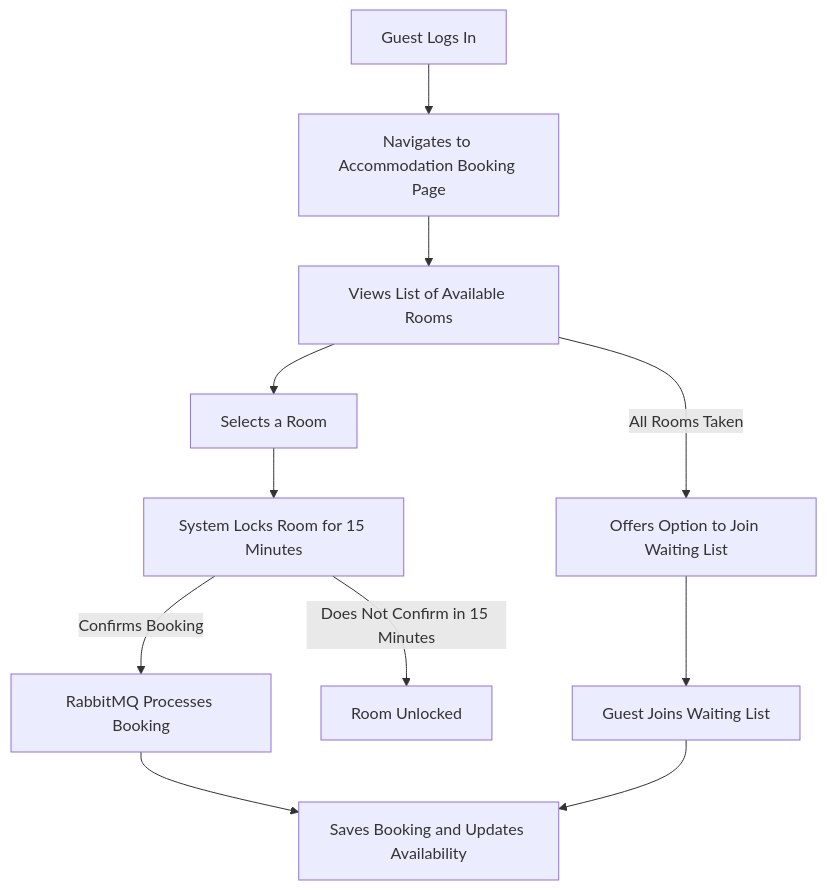
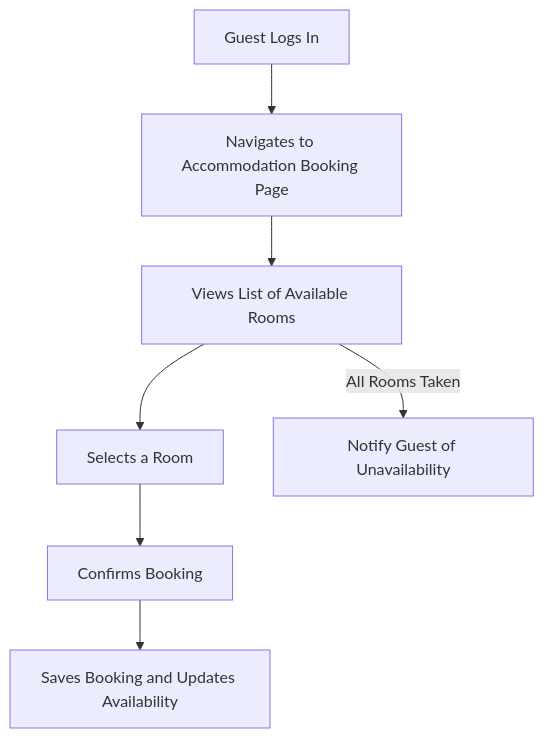
Before and after one commit to and1teachera/wedding-site: the seventh of 42 diagrams in docs/use_cases.md, drawn with Mermaid. The commit also changed other lines of this file and 3 other files, not shown here.

````diff
--- a/docs/use_cases.md
+++ b/docs/use_cases.md
@@ -314,13 +311,9 @@
 ``` mermaid
 flowchart TD
     A[Guest Logs In] --> B[Navigates to Accommodation Booking Page]
     B --> C[Views List of Available Rooms]
     C --> D[Selects a Room]
-    D --> E[System Locks Room for 15 Minutes]
-    E -->|Confirms Booking| F[RabbitMQ Processes Booking]
-    F --> G[Saves Booking and Updates Availability]
-    E -->|Does Not Confirm in 15 Minutes| H[Room Unlocked]
-    C -->|All Rooms Taken| I[Offers Option to Join Waiting List]
-    I --> J[Guest Joins Waiting List]
-    J --> G
+    D --> E[Confirms Booking]
+    E --> F[Saves Booking and Updates Availability]
+    C -->|All Rooms Taken| G[Notify Guest of Unavailability]
 ```
````
